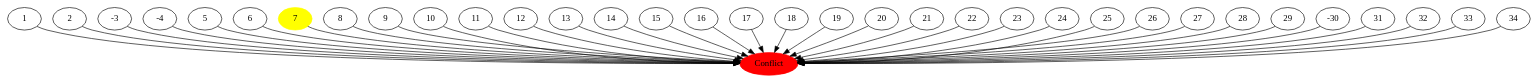
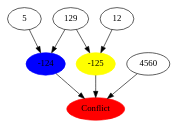
One commit to simon-mauras/l3-projet2 changed the diagram in graph.dot. Above: the diagram before and after it, drawn with Graphviz. The commit also changed 3 other files, not shown here.

```diff
--- a/graph.dot
+++ b/graph.dot
@@ -1,71 +1,16 @@
 digraph G {
-"1" [color=black]
-"2" [color=black]
-"-3" [color=black]
-"-4" [color=black]
 "5" [color=black]
-"6" [color=black]
-"7" [style=filled,color=yellow]
-"8" [color=black]
-"9" [color=black]
-"10" [color=black]
-"11" [color=black]
 "12" [color=black]
-"13" [color=black]
-"14" [color=black]
-"15" [color=black]
-"16" [color=black]
-"17" [color=black]
-"18" [color=black]
-"19" [color=black]
-"20" [color=black]
-"21" [color=black]
-"22" [color=black]
-"23" [color=black]
-"24" [color=black]
-"25" [color=black]
-"26" [color=black]
-"27" [color=black]
-"28" [color=black]
-"29" [color=black]
-"-30" [color=black]
-"31" [color=black]
-"32" [color=black]
-"33" [color=black]
-"34" [color=black]
+"-124" [style=filled,color=blue]
+"-125" [style=filled,color=yellow]
+"129" [color=black]
+"4560" [color=black]
 "Conflict" [style=filled,color=red]
-"1" -> "Conflict";
-"2" -> "Conflict";
-"-3" -> "Conflict";
-"-4" -> "Conflict";
-"5" -> "Conflict";
-"6" -> "Conflict";
-"7" -> "Conflict";
-"8" -> "Conflict";
-"9" -> "Conflict";
-"10" -> "Conflict";
-"11" -> "Conflict";
-"12" -> "Conflict";
-"13" -> "Conflict";
-"14" -> "Conflict";
-"15" -> "Conflict";
-"16" -> "Conflict";
-"17" -> "Conflict";
-"18" -> "Conflict";
-"19" -> "Conflict";
-"20" -> "Conflict";
-"21" -> "Conflict";
-"22" -> "Conflict";
-"23" -> "Conflict";
-"24" -> "Conflict";
-"25" -> "Conflict";
-"26" -> "Conflict";
-"27" -> "Conflict";
-"28" -> "Conflict";
-"29" -> "Conflict";
-"-30" -> "Conflict";
-"31" -> "Conflict";
-"32" -> "Conflict";
-"33" -> "Conflict";
-"34" -> "Conflict";
+"5" -> "-124";
+"12" -> "-125";
+"-124" -> "Conflict";
+"-125" -> "Conflict";
+"129" -> "-124";
+"129" -> "-125";
+"4560" -> "Conflict";
 }
```
